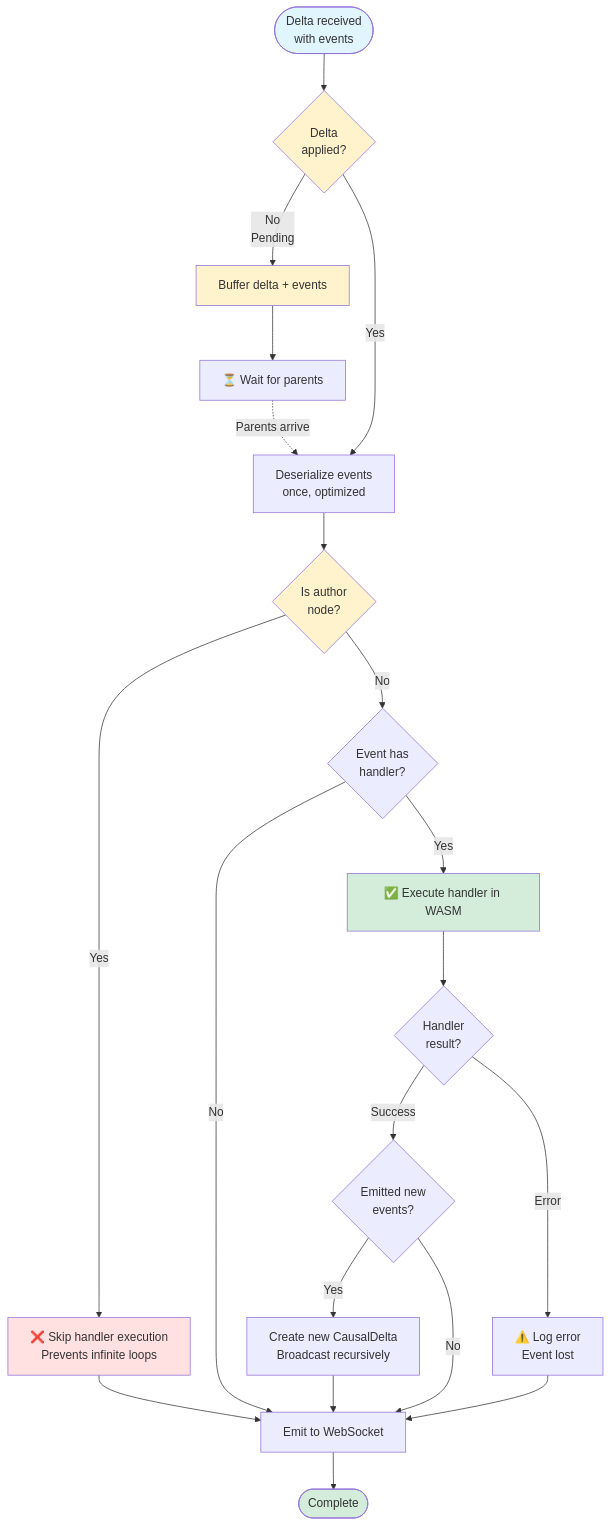
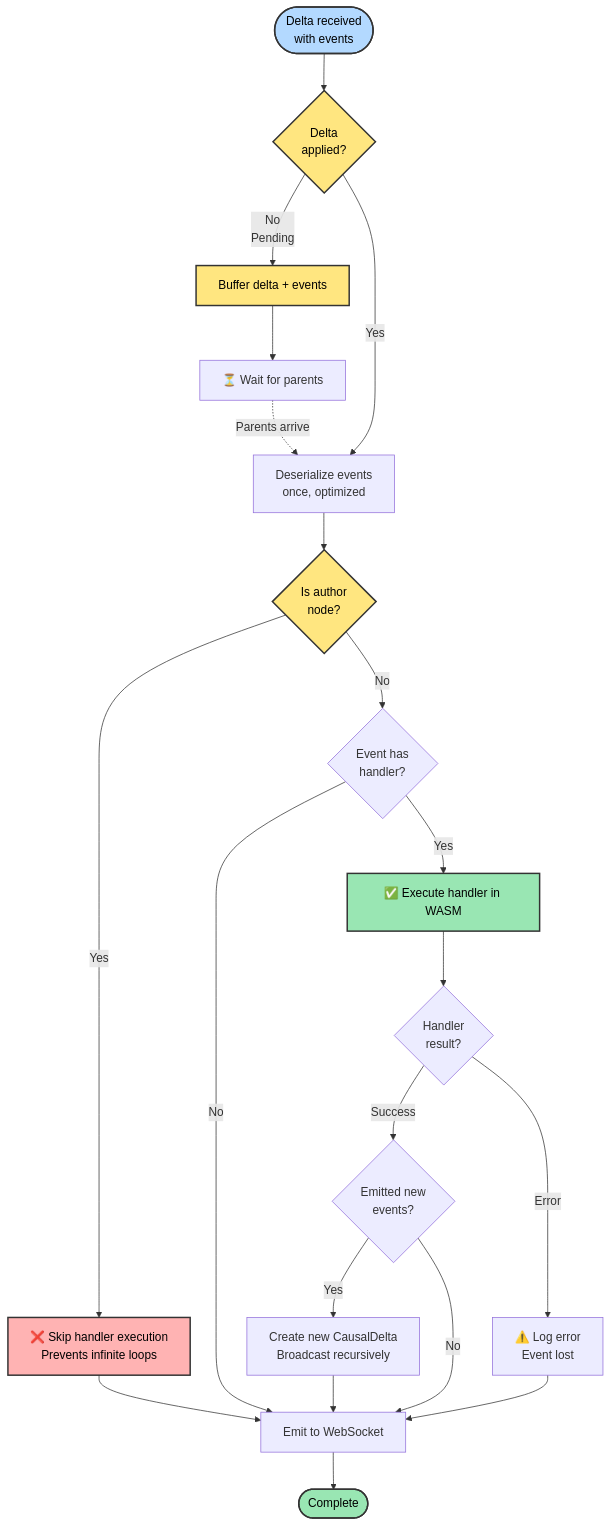
Before and after one commit to calimero-network/core: the third of 5 diagrams in crates/node/README.md, drawn with Mermaid. The commit also changed other lines of this file and 4 other files, not shown here.

First line of the commit message:
fix(docs): improve mermaid diagram accessibility and fix parsing errors

````diff
--- a/crates/node/README.md
+++ b/crates/node/README.md
@@ -166,40 +166,40 @@
 ```mermaid
 flowchart TD
     Start([Delta received<br/>with events]) --> Applied{Delta<br/>applied?}
     
     Applied -->|No<br/>Pending| Buffer[Buffer delta + events]
     Applied -->|Yes| Deserialize[Deserialize events<br/>once, optimized]
     
     Buffer --> Wait[⏳ Wait for parents]
     Wait -.->|Parents arrive| Deserialize
     
     Deserialize --> AuthorCheck{Is author<br/>node?}
     
     AuthorCheck -->|Yes| Skip[❌ Skip handler execution<br/>Prevents infinite loops]
     AuthorCheck -->|No| HasHandler{Event has<br/>handler?}
     
     Skip --> EmitWS[Emit to WebSocket]
     
     HasHandler -->|No| EmitWS
     HasHandler -->|Yes| ExecuteHandler[✅ Execute handler in WASM]
     
     ExecuteHandler --> HandlerResult{Handler<br/>result?}
     
     HandlerResult -->|Success| CheckNewEvents{Emitted new<br/>events?}
     HandlerResult -->|Error| LogError[⚠️ Log error<br/>Event lost]
     
     CheckNewEvents -->|Yes| NewDelta[Create new CausalDelta<br/>Broadcast recursively]
     CheckNewEvents -->|No| EmitWS
     
     LogError --> EmitWS
     NewDelta --> EmitWS
     EmitWS --> Done([Complete])
     
-    style Start fill:#e1f5ff
-    style Applied fill:#fff3cd
-    style AuthorCheck fill:#fff3cd
-    style Skip fill:#ffe1e1
-    style ExecuteHandler fill:#d4edda
-    style Buffer fill:#fff3cd
-    style Done fill:#d4edda
+    style Start fill:#b3d9ff,stroke:#333,stroke-width:2px,color:#000
+    style Applied fill:#ffe680,stroke:#333,stroke-width:2px,color:#000
+    style AuthorCheck fill:#ffe680,stroke:#333,stroke-width:2px,color:#000
+    style Skip fill:#ffb3b3,stroke:#333,stroke-width:2px,color:#000
+    style ExecuteHandler fill:#99e6b3,stroke:#333,stroke-width:2px,color:#000
+    style Buffer fill:#ffe680,stroke:#333,stroke-width:2px,color:#000
+    style Done fill:#99e6b3,stroke:#333,stroke-width:2px,color:#000
 ```
````
